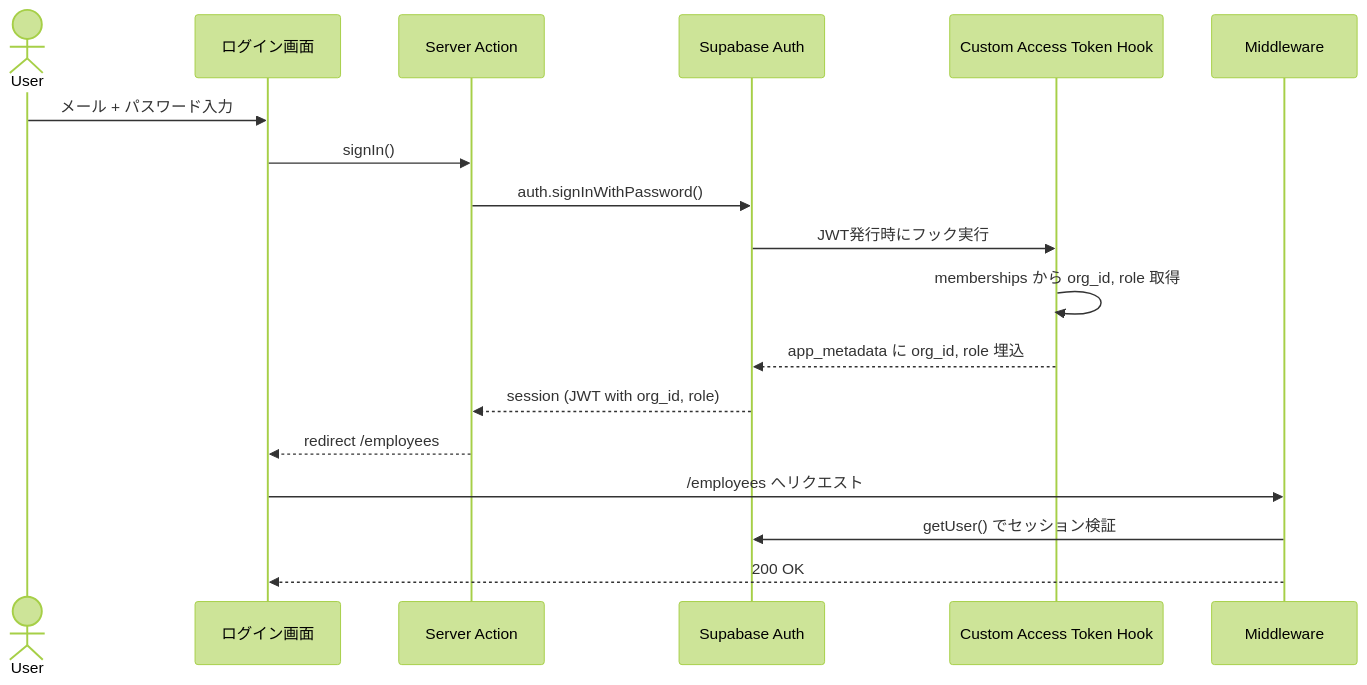
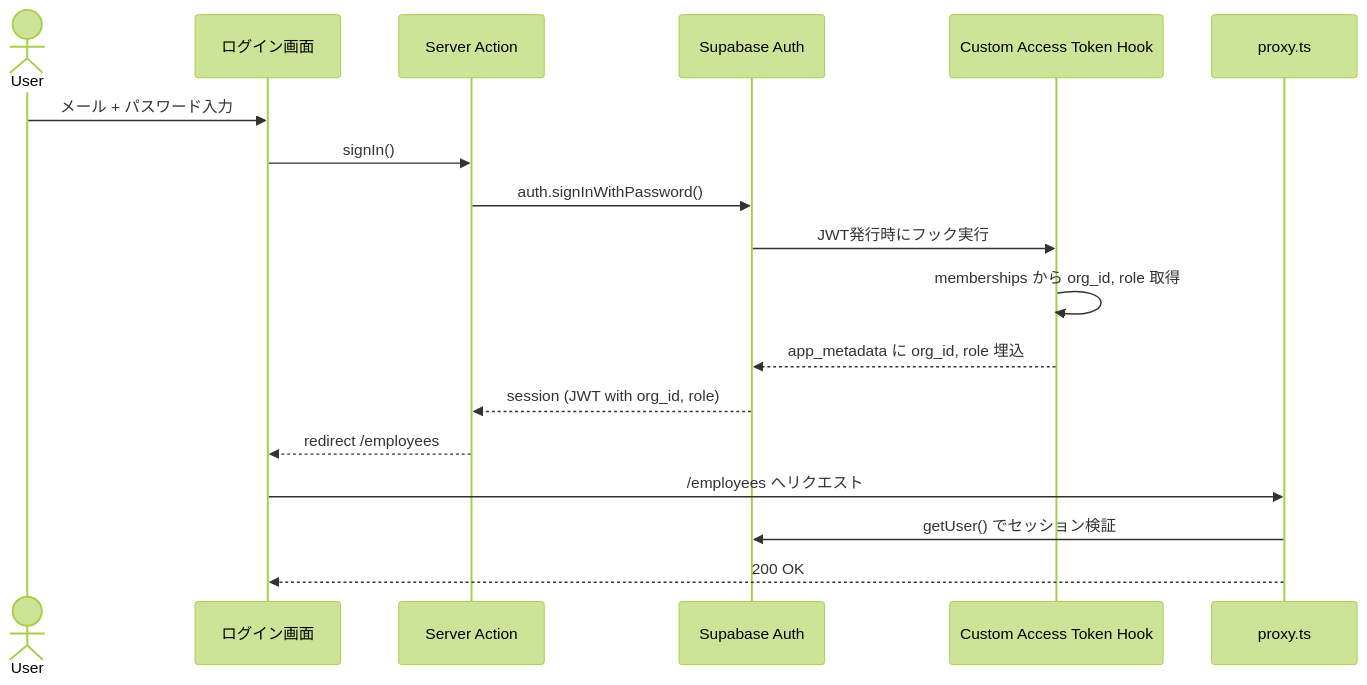
The second of 9 diagrams in docs/design/user-flows.md (TakuyaMiyashita/fondra-hr), drawn with Mermaid (forest theme) before and after one commit. The commit also changed other lines of this file and 11 other files, not shown here.

````diff
--- a/docs/design/user-flows.md
+++ b/docs/design/user-flows.md
@@ -41,21 +58,21 @@
 ```mermaid
 sequenceDiagram
     actor User
     participant UI as ログイン画面
     participant SA as Server Action
     participant Auth as Supabase Auth
     participant Hook as Custom Access Token Hook
-    participant MW as Middleware
+    participant MW as proxy.ts
 
     User->>UI: メール + パスワード入力
     UI->>SA: signIn()
     SA->>Auth: auth.signInWithPassword()
     Auth->>Hook: JWT発行時にフック実行
     Hook->>Hook: memberships から org_id, role 取得
     Hook-->>Auth: app_metadata に org_id, role 埋込
     Auth-->>SA: session (JWT with org_id, role)
     SA-->>UI: redirect /employees
     UI->>MW: /employees へリクエスト
     MW->>Auth: getUser() でセッション検証
     MW-->>UI: 200 OK
 ```
````
